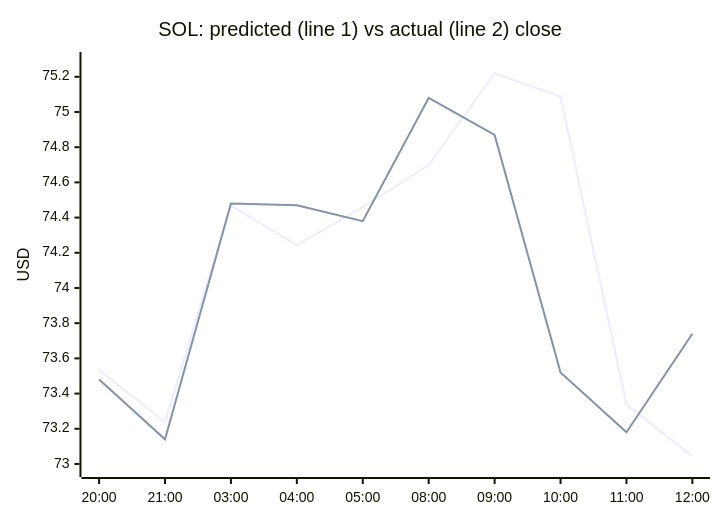
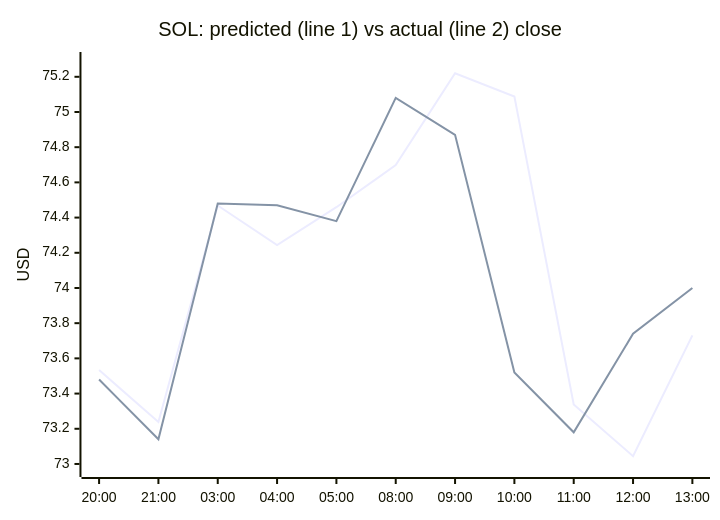
One commit to samuelkreitl-wq/crypto-hourly-forecaster changed the third of 4 diagrams in README.md. Above: the diagram before and after it, drawn with Mermaid. The commit also changed other lines of this file and 14 other files, not shown here.

````diff
--- a/README.md
+++ b/README.md
@@ -56,8 +56,8 @@
 ```mermaid
 xychart-beta
     title "SOL: predicted (line 1) vs actual (line 2) close"
-    x-axis ["20:00", "21:00", "03:00", "04:00", "05:00", "08:00", "09:00", "10:00", "11:00", "12:00"]
+    x-axis ["20:00", "21:00", "03:00", "04:00", "05:00", "08:00", "09:00", "10:00", "11:00", "12:00", "13:00"]
     y-axis "USD" 72.9714 --> 75.2954
-    line [73.5341, 73.2381, 74.4685, 74.2437, 74.4589, 74.6981, 75.2202, 75.0883, 73.3377, 73.0445]
-    line [73.4800, 73.1400, 74.4800, 74.4700, 74.3800, 75.0800, 74.8700, 73.5200, 73.1800, 73.7400]
+    line [73.5341, 73.2381, 74.4685, 74.2437, 74.4589, 74.6981, 75.2202, 75.0883, 73.3377, 73.0445, 73.7306]
+    line [73.4800, 73.1400, 74.4800, 74.4700, 74.3800, 75.0800, 74.8700, 73.5200, 73.1800, 73.7400, 74.0000]
 ```
````
